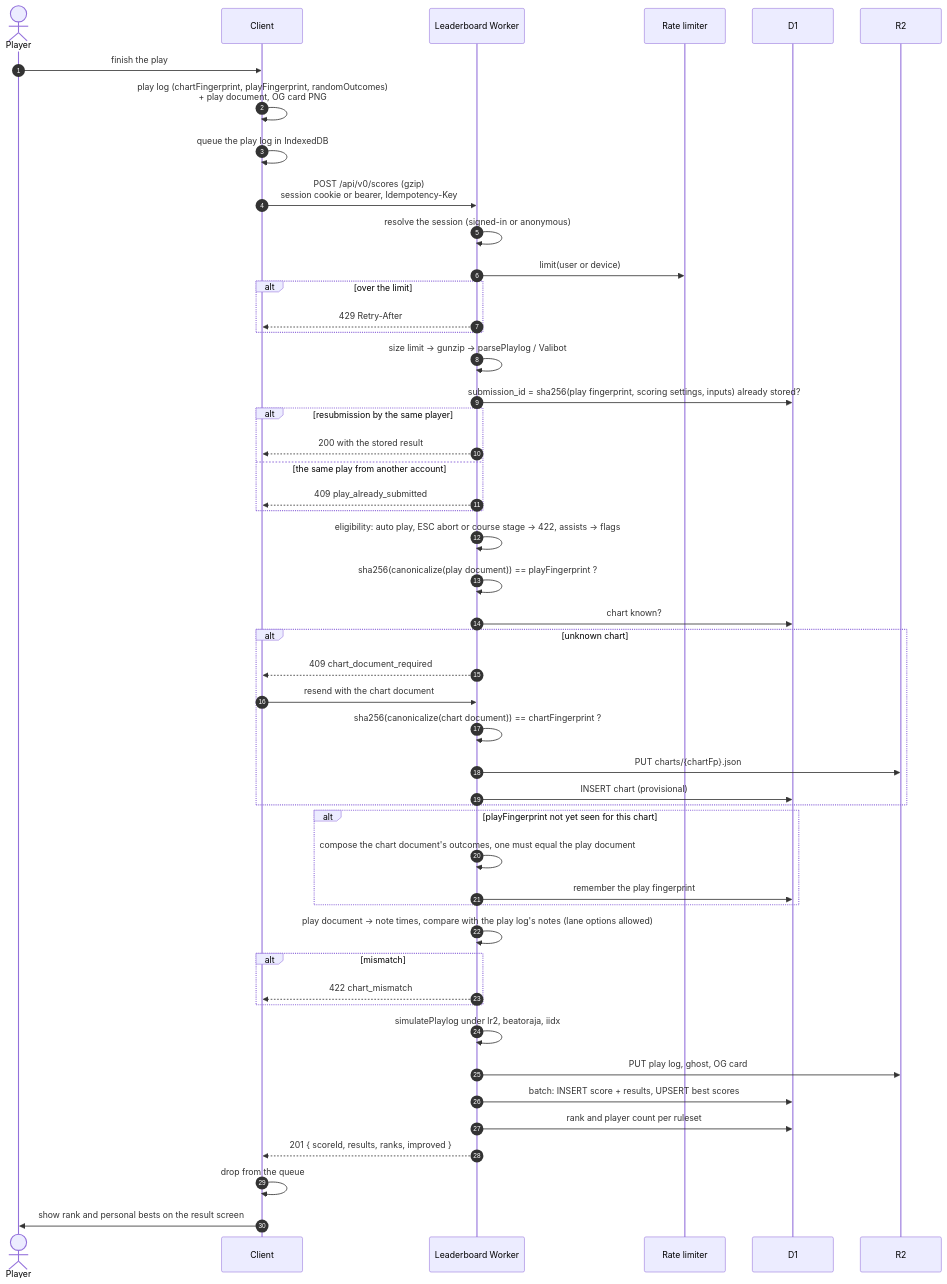
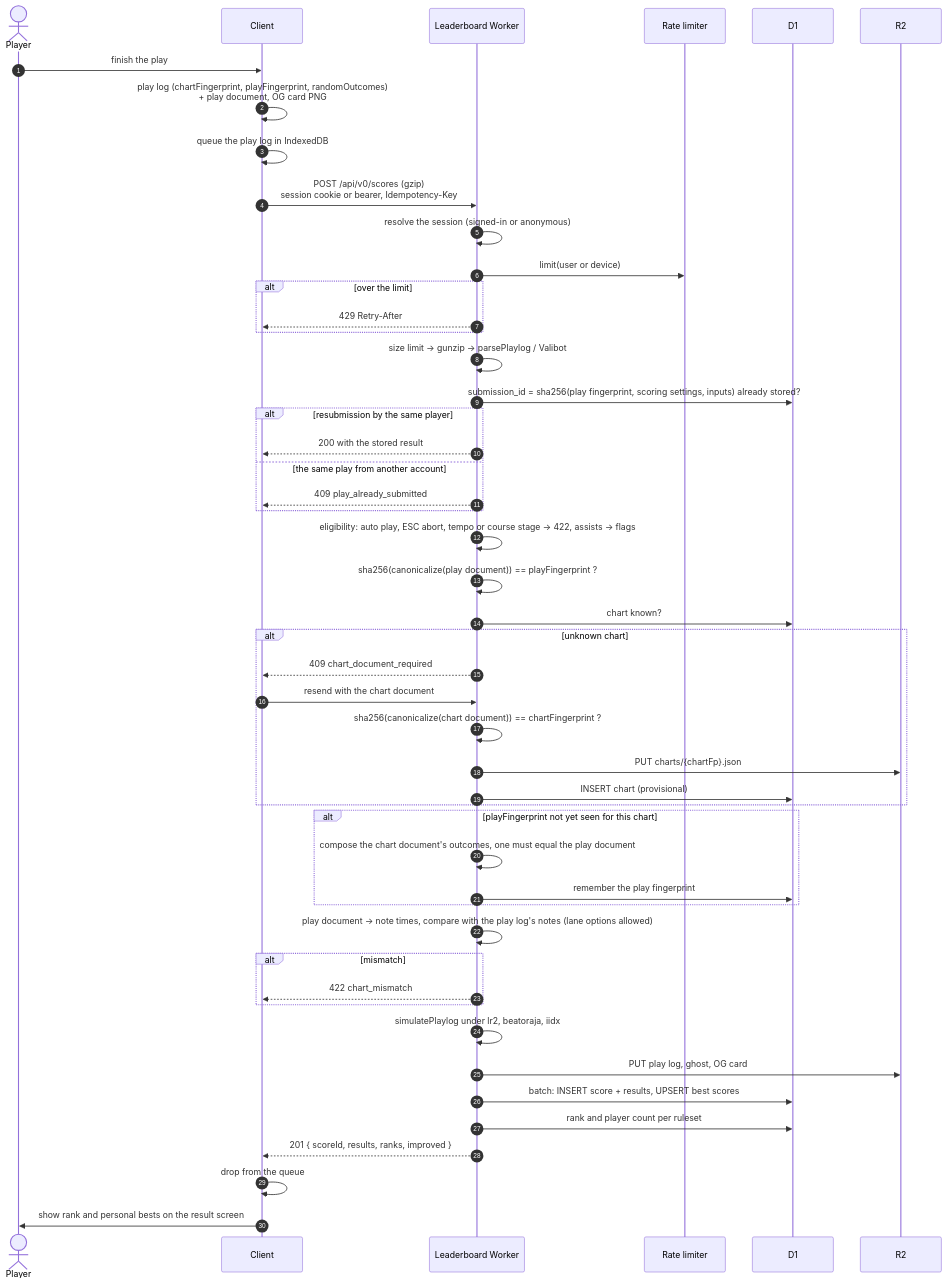
The first of 2 diagrams in docs/leaderboard.md (nulltask/be-music), drawn with Mermaid before and after one commit. The commit also changed other lines of this file and 6 other files, not shown here.

````diff
--- a/docs/leaderboard.md
+++ b/docs/leaderboard.md
@@ -141,52 +141,52 @@
 ```mermaid
 sequenceDiagram
     autonumber
     actor P as Player
     participant C as Client
     participant A as Leaderboard Worker
     participant RL as Rate limiter
     participant D as D1
     participant R as R2
 
     P->>C: finish the play
     C->>C: play log (chartFingerprint, playFingerprint, randomOutcomes)<br/>+ play document, OG card PNG
     C->>C: queue the play log in IndexedDB
     C->>A: POST /api/v0/scores (gzip)<br/>session cookie or bearer, Idempotency-Key
     A->>A: resolve the session (signed-in or anonymous)
     A->>RL: limit(user or device)
     alt over the limit
         A-->>C: 429 Retry-After
     end
     A->>A: size limit → gunzip → parsePlaylog / Valibot
     A->>D: submission_id = sha256(play fingerprint, scoring settings, inputs) already stored?
     alt resubmission by the same player
         A-->>C: 200 with the stored result
     else the same play from another account
         A-->>C: 409 play_already_submitted
     end
-    A->>A: eligibility: auto play, ESC abort or course stage → 422, assists → flags
+    A->>A: eligibility: auto play, ESC abort, tempo or course stage → 422, assists → flags
     A->>A: sha256(canonicalize(play document)) == playFingerprint ?
     A->>D: chart known?
     alt unknown chart
         A-->>C: 409 chart_document_required
         C->>A: resend with the chart document
         A->>A: sha256(canonicalize(chart document)) == chartFingerprint ?
         A->>R: PUT charts/{chartFp}.json
         A->>D: INSERT chart (provisional)
     end
     alt playFingerprint not yet seen for this chart
         A->>A: compose the chart document's outcomes, one must equal the play document
         A->>D: remember the play fingerprint
     end
     A->>A: play document → note times, compare with the play log's notes (lane options allowed)
     alt mismatch
         A-->>C: 422 chart_mismatch
     end
     A->>A: simulatePlaylog under lr2, beatoraja, iidx
     A->>R: PUT play log, ghost, OG card
     A->>D: batch: INSERT score + results, UPSERT best scores
     A->>D: rank and player count per ruleset
     A-->>C: 201 { scoreId, results, ranks, improved }
     C->>C: drop from the queue
     C->>P: show rank and personal bests on the result screen
 ```
````
